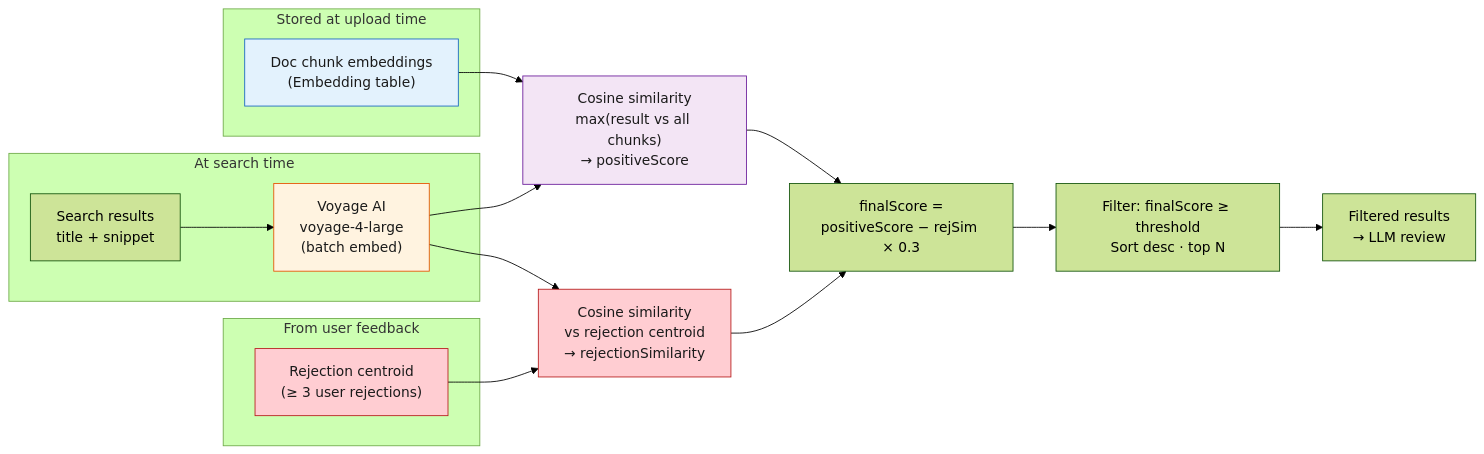
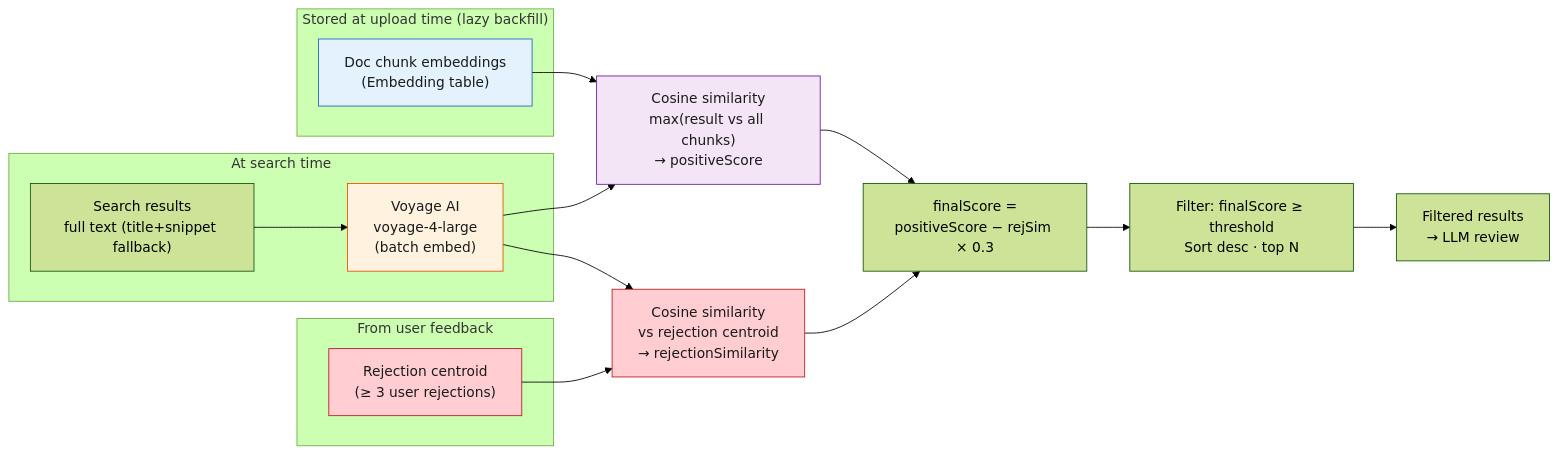
Before and after one commit to hubenschmidt/pina-colada: the seventh of 11 diagrams in README.md, drawn with Mermaid (forest theme). The commit also changed other lines of this file and 14 other files, not shown here.

````diff
--- a/README.md
+++ b/README.md
@@ -310,31 +314,31 @@
 ```mermaid
 flowchart LR
-    subgraph STORED["Stored at upload time"]
+    subgraph STORED["Stored at upload time (lazy backfill)"]
         DC["Doc chunk embeddings<br/>(Embedding table)"]
     end
 
     subgraph RUNTIME["At search time"]
-        SR["Search results<br/>title + snippet"] --> OAI["Voyage AI<br/>voyage-4-large<br/>(batch embed)"]
+        SR["Search results<br/>full text (title+snippet fallback)"] --> OAI["Voyage AI<br/>voyage-4-large<br/>(batch embed)"]
     end
 
     subgraph REJECTION["From user feedback"]
         RC["Rejection centroid<br/>(≥ 3 user rejections)"]
     end
 
     DC --> COS["Cosine similarity<br/>max(result vs all chunks)<br/>→ positiveScore"]
     OAI --> COS
     OAI --> REJCOS["Cosine similarity<br/>vs rejection centroid<br/>→ rejectionSimilarity"]
     RC --> REJCOS
 
     COS --> SCORE["finalScore =<br/>positiveScore − rejSim × 0.3"]
     REJCOS --> SCORE
 
     SCORE --> FILTER["Filter: finalScore ≥ threshold<br/>Sort desc · top N"]
     FILTER --> OUT["Filtered results<br/>→ LLM review"]
 
     style DC fill:#e3f2fd,stroke:#1565c0,color:#1a1a1a
     style OAI fill:#fff3e0,stroke:#e65100,color:#1a1a1a
     style COS fill:#f3e5f5,stroke:#6a1b9a,color:#1a1a1a
     style RC fill:#ffcdd2,stroke:#b71c1c,color:#1a1a1a
     style REJCOS fill:#ffcdd2,stroke:#b71c1c,color:#1a1a1a
 ```
````
